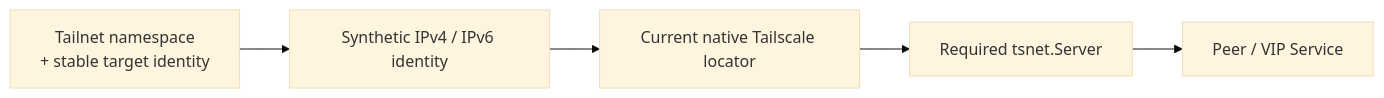
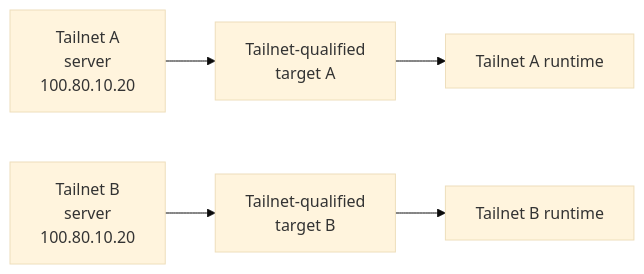
The second of 4 diagrams in README.md (franticplant/tailmesh-android), drawn with Mermaid (base theme) before and after one commit. The commit also changed other lines of this file, not shown here.

````diff
--- a/README.md
+++ b/README.md
@@ -67,10 +95,8 @@
 ```mermaid
 flowchart LR
-    A["Tailnet namespace<br/>+ stable target identity"]
-    SYN["Synthetic IPv4 / IPv6 identity"]
-    LOC["Current native Tailscale locator"]
-    TS["Required tsnet.Server"]
-    PEER["Peer / VIP Service"]
+    a["Tailnet A<br/>server<br/>100.80.10.20"] --> sa["Tailnet-qualified<br/>target A"]
+    b["Tailnet B<br/>server<br/>100.80.10.20"] --> sb["Tailnet-qualified<br/>target B"]
 
-    A --> SYN --> LOC --> TS --> PEER
+    sa --> ra["Tailnet A runtime"]
+    sb --> rb["Tailnet B runtime"]
 ```
````
